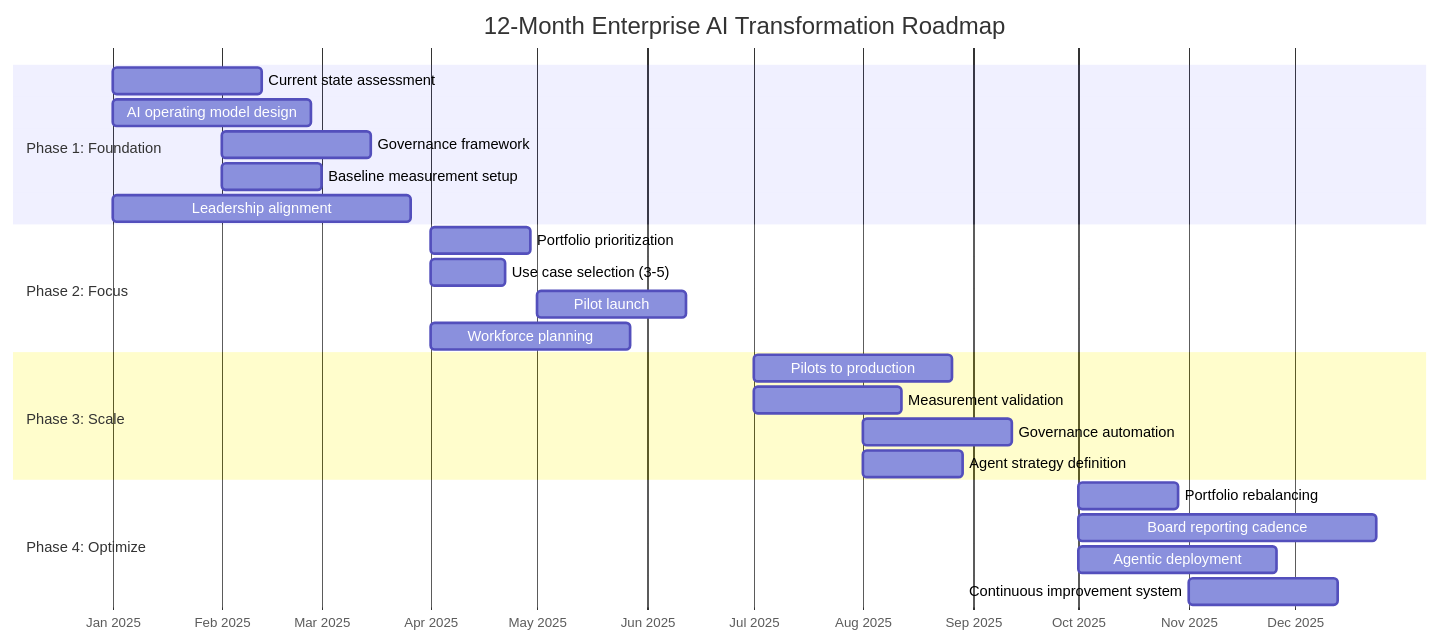
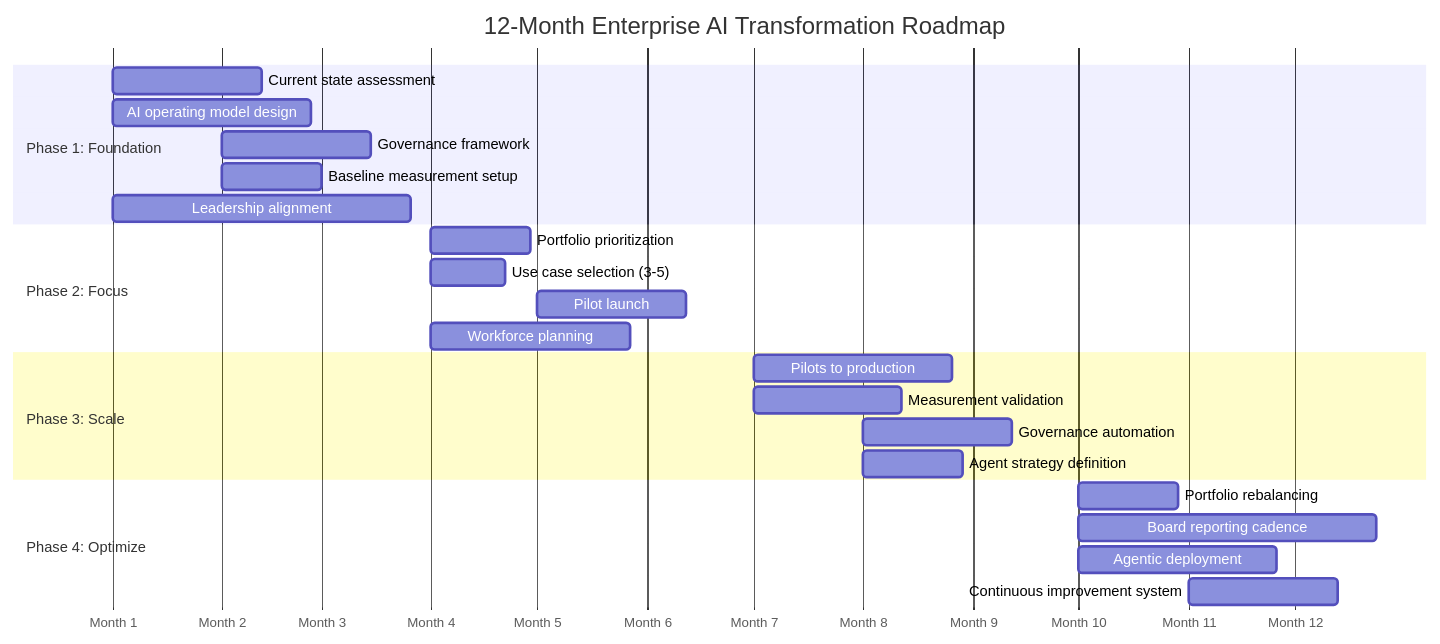
Before and after one commit to sunilp/enterprise-ai: the diagram in content/transformation/roadmap.md, drawn with Mermaid. The commit also changed 40 other files, not shown here.

````diff
--- a/content/transformation/roadmap.md
+++ b/content/transformation/roadmap.md
@@ -30,31 +30,31 @@
 ```mermaid
 gantt
     title 12-Month Enterprise AI Transformation Roadmap
     dateFormat  YYYY-MM
-    axisFormat  %b %Y
+    axisFormat  Month %-m
 
     section Phase 1: Foundation
     Current state assessment         :2025-01, 6w
     AI operating model design         :2025-01, 8w
     Governance framework              :2025-02, 6w
     Baseline measurement setup        :2025-02, 4w
     Leadership alignment              :2025-01, 12w
 
     section Phase 2: Focus
     Portfolio prioritization          :2025-04, 4w
     Use case selection (3-5)          :2025-04, 3w
     Pilot launch                      :2025-05, 6w
     Workforce planning                :2025-04, 8w
 
     section Phase 3: Scale
     Pilots to production              :2025-07, 8w
     Measurement validation            :2025-07, 6w
     Governance automation             :2025-08, 6w
     Agent strategy definition         :2025-08, 4w
 
     section Phase 4: Optimize
     Portfolio rebalancing             :2025-10, 4w
     Board reporting cadence           :2025-10, 12w
     Agentic deployment                :2025-10, 8w
     Continuous improvement system     :2025-11, 6w
 ```
````
